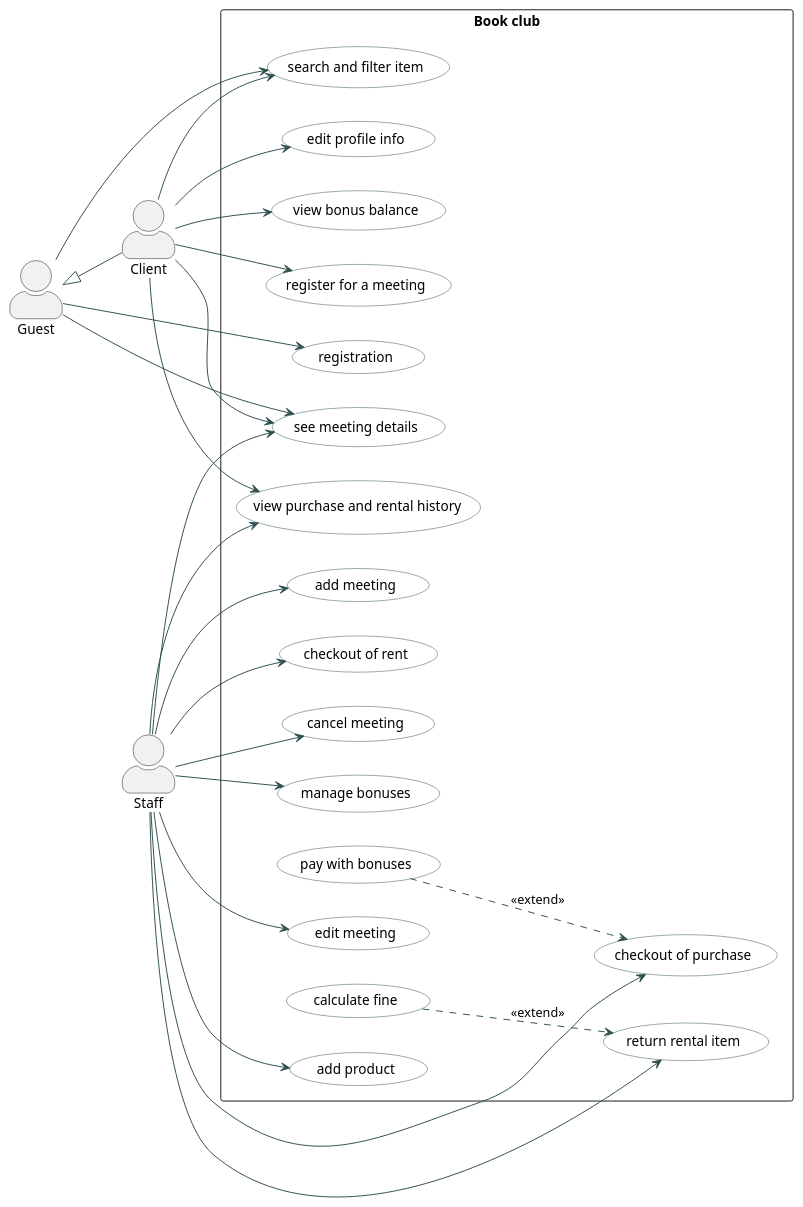
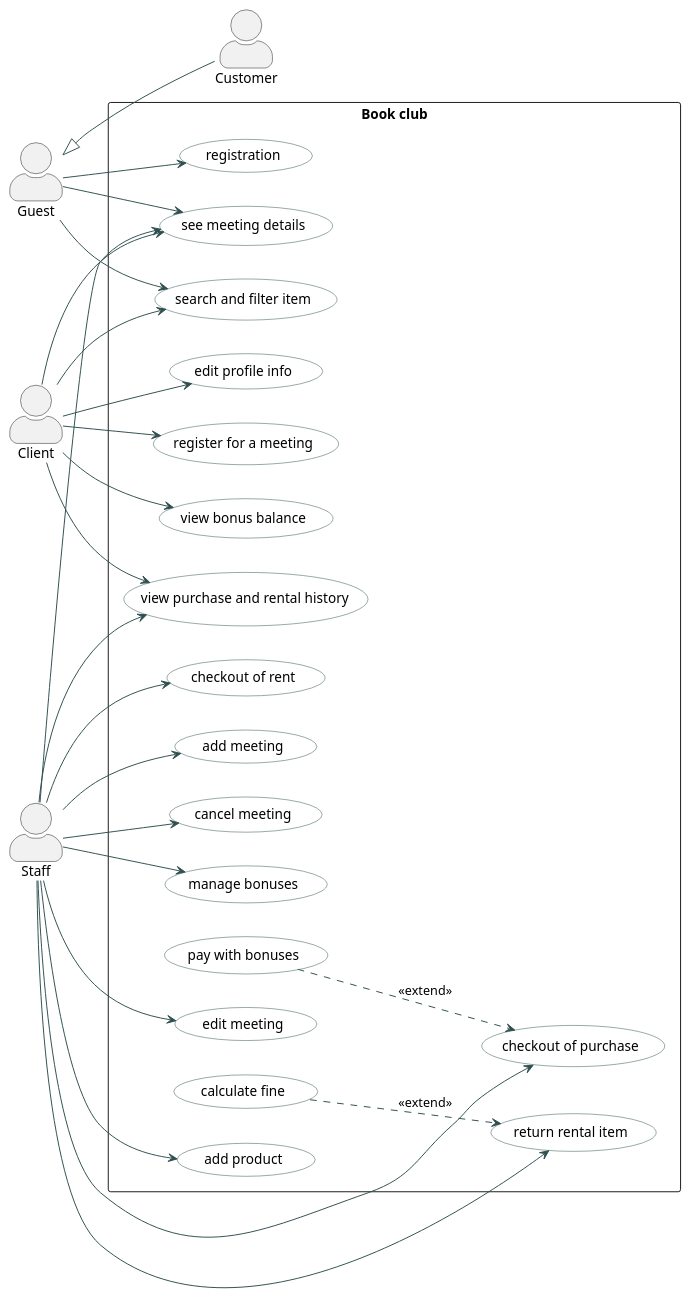
The diagram in task2/usecase.puml (sofiakiosova37-boop/bookshop_kpi2), drawn with PlantUML before and after one commit.

Commit message:
Fast fix in client-customer difference in task 2

```diff
--- a/task2/usecase.puml
+++ b/task2/usecase.puml
@@ -1,62 +1,62 @@
 @startuml
 left to right direction
 skinparam packageStyle rectangle
 skinparam actorStyle awesome
 skinparam usecase {
     BackgroundColor LightPurple
     BorderColor DarkSlateGray
     ArrowColor DarkSlateGray
 }
 
 actor "Guest" as Guest
-actor "Client" as Client
+actor "Customer" as Customer
 actor "Staff" as Staff
 
-Guest <|-- Client
+Guest <|-- Customer
 
 rectangle "Book club" {
     usecase "registration" as UC1
     usecase "checkout of purchase" as UC2
     usecase "checkout of rent" as UC3
     usecase "search and filter item" as UC4
     usecase "see meeting details" as UC5
     usecase "add meeting" as UC6
     usecase "cancel meeting" as UC7
     usecase "manage bonuses" as UC9
     usecase "edit profile info" as UC10
     usecase "edit meeting" as UC11
     usecase "view purchase and rental history" as UC12
     usecase "register for a meeting" as UC13
     usecase "return rental item" as UC14
     usecase "pay with bonuses" as UC15
     usecase "add product" as UC16
     usecase "calculate fine" as UC17
     usecase "view bonus balance" as UC18
 }
 
 Guest --> UC1
 Guest --> UC4
 Guest --> UC5
 
 Client -->UC4
 Client -->UC5
 Client -->UC10
 Client -->UC12
 Client -->UC13
 Client -->UC18
 
 Staff --> UC2
 Staff --> UC3
 Staff --> UC5
 Staff --> UC6
 Staff --> UC7
 Staff --> UC9
 Staff --> UC11
 Staff --> UC12
 Staff --> UC14
 Staff --> UC16
 
 UC15 ..> UC2 : <<extend>>
 UC17 ..> UC14 : <<extend>>
 
 @enduml
```
